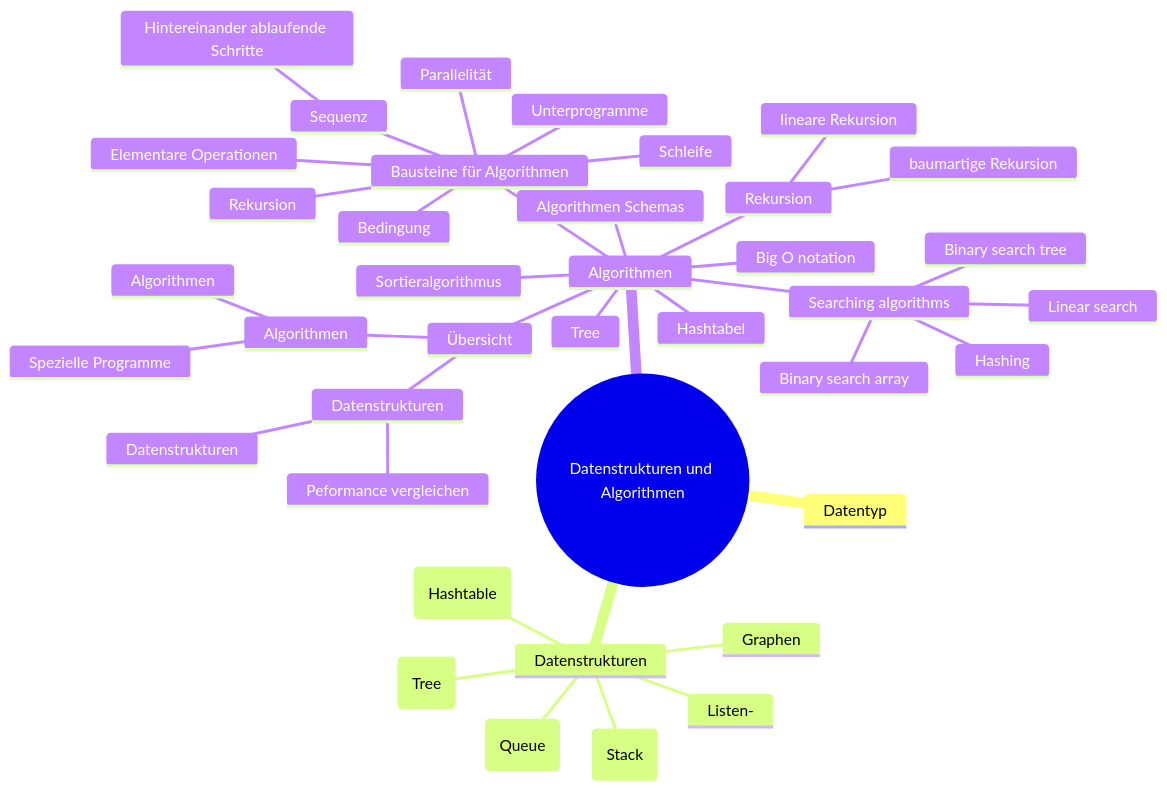
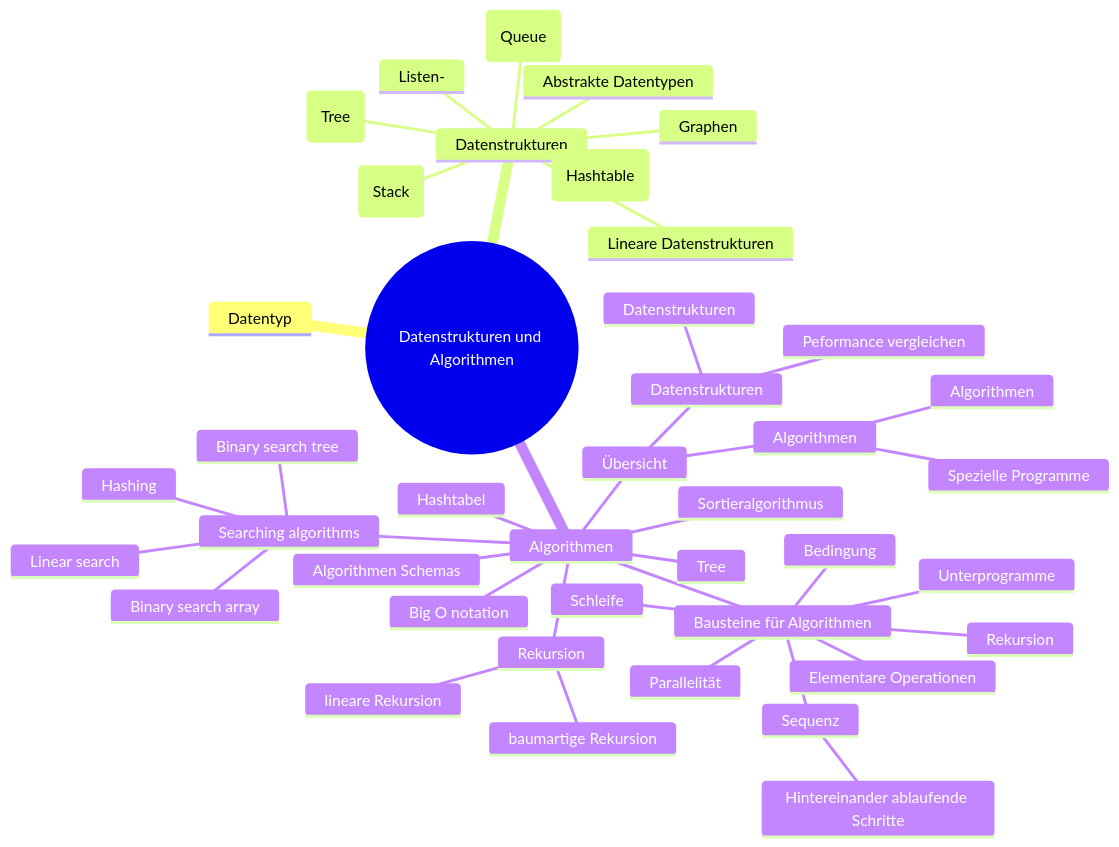
One commit to tsolenthaler/zbwAlgDs changed the diagram in docs/index.md. Above: the diagram before and after it, drawn with Mermaid.

Commit message:
Add abstract data types and linear data structures to documentation

````diff
--- a/docs/index.md
+++ b/docs/index.md
@@ -6,45 +6,47 @@
 ``` mermaid
 mindmap
     root((Datenstrukturen und Algorithmen))
         Datentyp
         Datenstrukturen
+            Abstrakte Datentypen
+            Lineare Datenstrukturen
             Listen-
             Baumstrukturen (Tree)
             Warteschlangen (Queue)
             Stapel (Stack)
             Hashtabellen (Hashtable)
             Graphen
 
         Algorithmen
             Übersicht
                 Datenstrukturen
                     Peformance vergleichen
                     Datenstrukturen
                 Algorithmen
                     Algorithmen
                     Spezielle Programme
             Bausteine für Algorithmen
                 Elementare Operationen
                 Sequenz
                     Hintereinander ablaufende Schritte
                 Parallelität
                 Bedingung
                 Schleife
                 Unterprogramme
                 Rekursion
             Algorithmen Schemas
 
             Big O notation
             Hashtabel
             Tree
             Sortieralgorithmus
             Searching algorithms
                 Linear search
                 Binary search array
                 Binary search tree
                 Hashing
 
             Rekursion
                 lineare Rekursion
                 baumartige Rekursion
 ```
````
